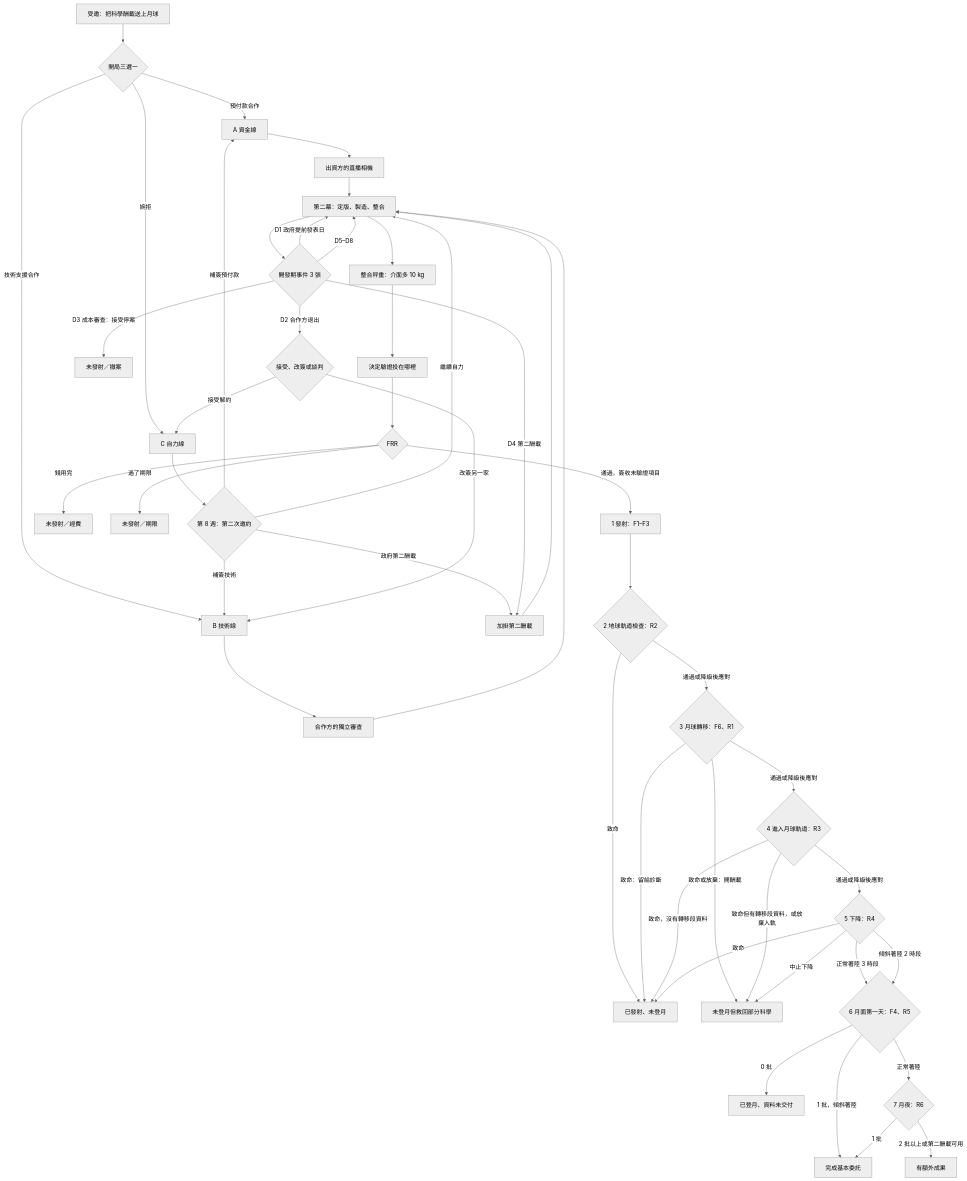
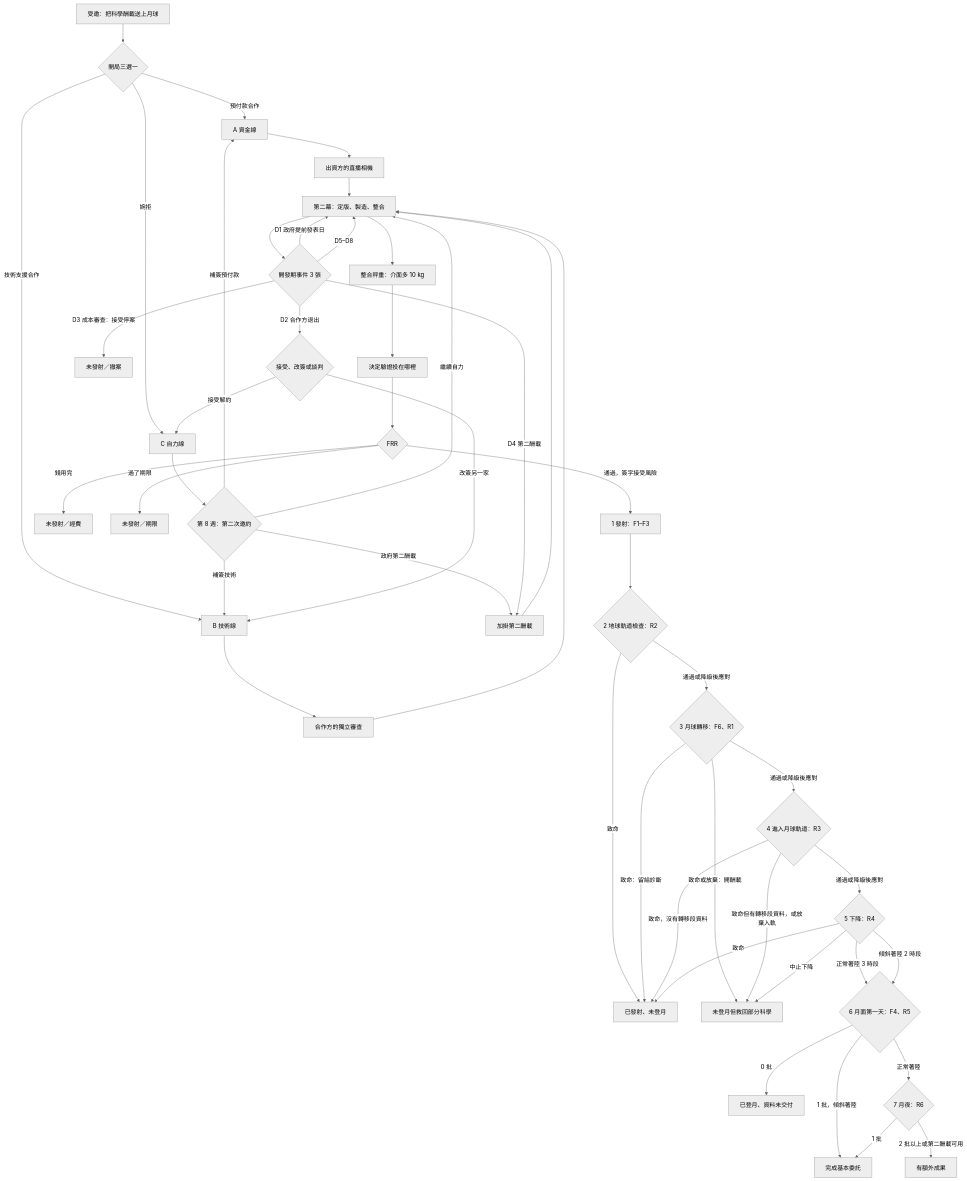
Before and after one commit to Quasarc299792/2026_NASA_Space_Apps_Challenge: the diagram in docs/story/lunar-mission.md, drawn with Mermaid (neutral theme). The commit also changed other lines of this file, not shown here.

````diff
--- a/docs/story/lunar-mission.md
+++ b/docs/story/lunar-mission.md
@@ -573,54 +573,54 @@
 ```mermaid
 flowchart TD
   S[受邀：把科學酬載送上月球] --> O{開局三選一}
   O -->|預付款合作| A[A 資金線]
   O -->|技術支援合作| B[B 技術線]
   O -->|婉拒| C[C 自力線]
 
   A --> AM[出資方的直播相機]
   B --> BM[合作方的獨立審查]
   C --> CM{第 8 週：第二次邀約}
   CM -->|補簽預付款| A
   CM -->|補簽技術| B
   CM -->|政府第二酬載| G[加掛第二酬載]
   CM -->|繼續自力| DEV
 
   AM --> DEV
   BM --> DEV
   G --> DEV
 
   DEV[第二幕：定版、製造、整合] --> DK{開發期事件 3 張}
   DK -->|D1 政府提前發表日| DEV
   DK -->|D2 合作方退出| X{接受、改簽或談判}
   X -->|接受解約| C
   X -->|改簽另一家| B
   DK -->|D3 成本審查：接受停案| E3[未發射／撤案]
   DK -->|D4 第二酬載| G
   DK -->|D5–D8| DEV
 
   DEV --> INT[整合秤重：介面多 10 kg]
   INT --> V[決定驗證投在哪裡]
   V --> FRR{FRR}
   FRR -->|錢用完| E2[未發射／經費]
   FRR -->|過了期限| E1[未發射／期限]
-  FRR -->|通過，簽收未驗證項目| L[1 發射：F1–F3]
+  FRR -->|通過，簽字接受風險| L[1 發射：F1–F3]
 
   L --> R2{2 地球軌道檢查：R2}
   R2 -->|致命| LOST[已發射、未登月]
   R2 -->|通過或降級後應對| T{3 月球轉移：F6、R1}
   T -->|致命：留給診斷| LOST
   T -->|致命或放棄：開酬載| SALV[未登月但救回部分科學]
   T -->|通過或降級後應對| R3{4 進入月球軌道：R3}
   R3 -->|致命，沒有轉移段資料| LOST
   R3 -->|致命但有轉移段資料，或放棄入軌| SALV
   R3 -->|通過或降級後應對| R4{5 下降：R4}
   R4 -->|致命| LOST
   R4 -->|中止下降| SALV
   R4 -->|正常著陸 3 時段| SF{6 月面第一天：F4、R5}
   R4 -->|傾斜著陸 2 時段| SF
   SF -->|0 批| ND[已登月、資料未交付]
   SF -->|1 批，傾斜著陸| OK[完成基本委託]
   SF -->|正常著陸| N{7 月夜：R6}
   N -->|1 批| OK
   N -->|2 批以上或第二酬載可用| EX[有額外成果]
 ```
````
